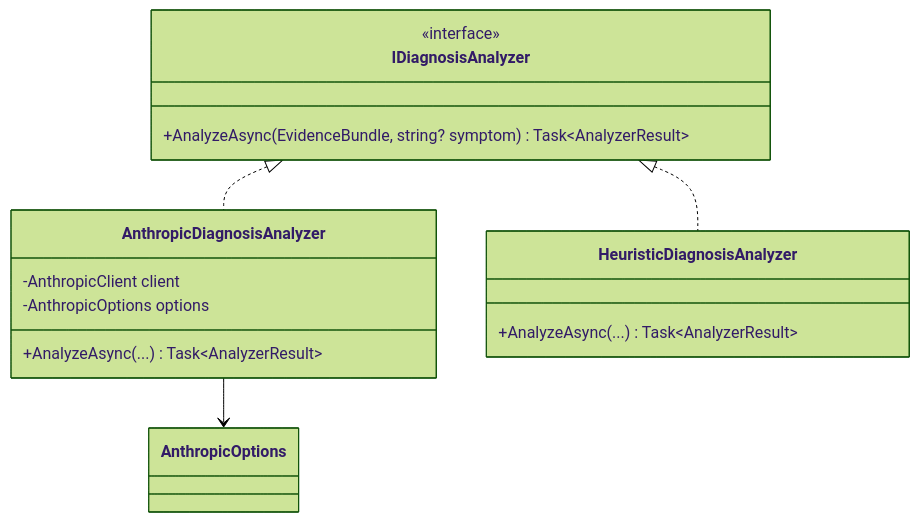
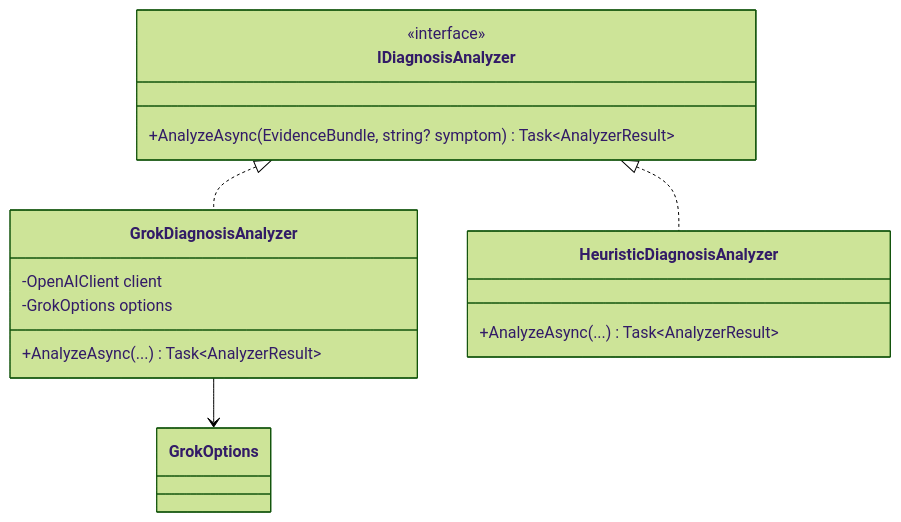
One commit to IsaacSimms/Vigil changed the fifth of 6 diagrams in Docs/Vigil-SystemsDesign.md. Above: the diagram before and after it, drawn with Mermaid (forest theme). The commit also changed other lines of this file and 2 other files, not shown here.

Commit message:
Update documentation to replace references from Anthropic to OpenAI and Grok adapter

````diff
--- a/Docs/Vigil-SystemsDesign.md
+++ b/Docs/Vigil-SystemsDesign.md
@@ -286,18 +286,18 @@
 ```mermaid
 classDiagram
     class IDiagnosisAnalyzer {
         <<interface>>
         +AnalyzeAsync(EvidenceBundle, string? symptom) Task~AnalyzerResult~
     }
-    class AnthropicDiagnosisAnalyzer {
-        -AnthropicClient client
-        -AnthropicOptions options
+    class GrokDiagnosisAnalyzer {
+        -OpenAIClient client
+        -GrokOptions options
         +AnalyzeAsync(...) Task~AnalyzerResult~
     }
     class HeuristicDiagnosisAnalyzer {
         +AnalyzeAsync(...) Task~AnalyzerResult~
     }
-    IDiagnosisAnalyzer <|.. AnthropicDiagnosisAnalyzer
+    IDiagnosisAnalyzer <|.. GrokDiagnosisAnalyzer
     IDiagnosisAnalyzer <|.. HeuristicDiagnosisAnalyzer
-    AnthropicDiagnosisAnalyzer --> AnthropicOptions
+    GrokDiagnosisAnalyzer --> GrokOptions
 ```
````
